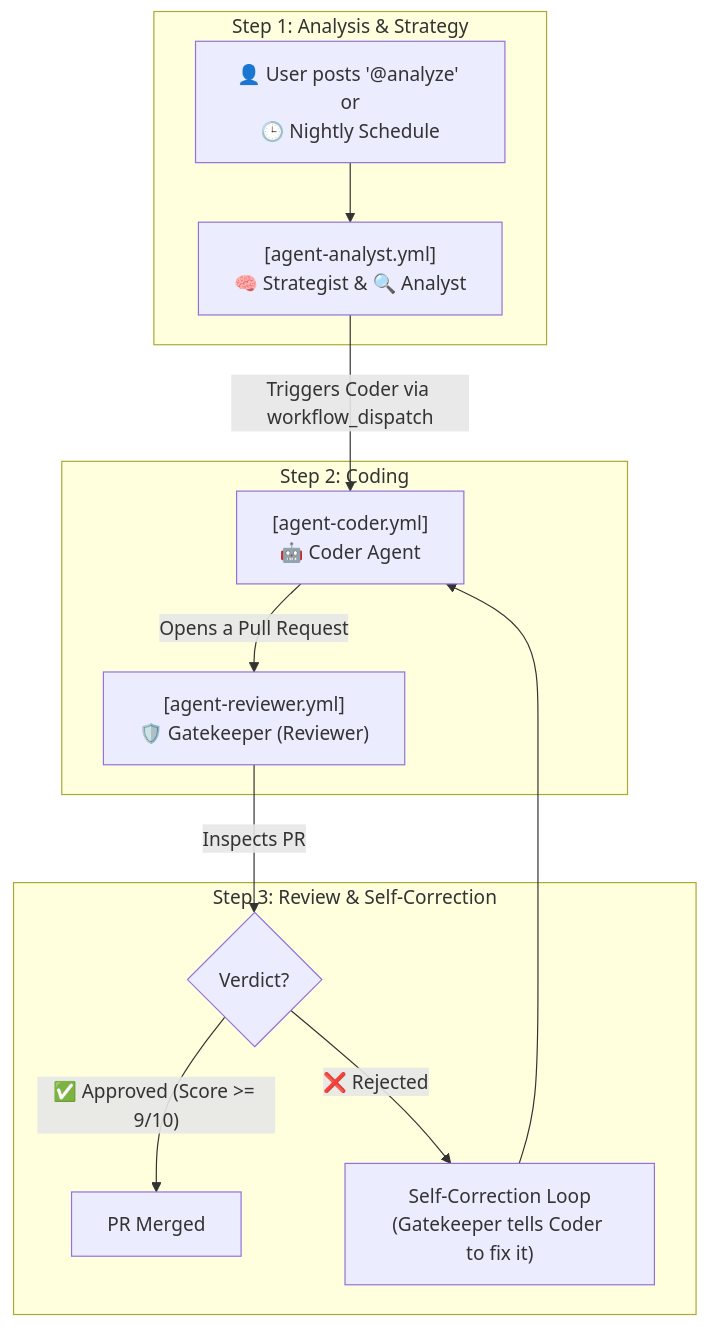
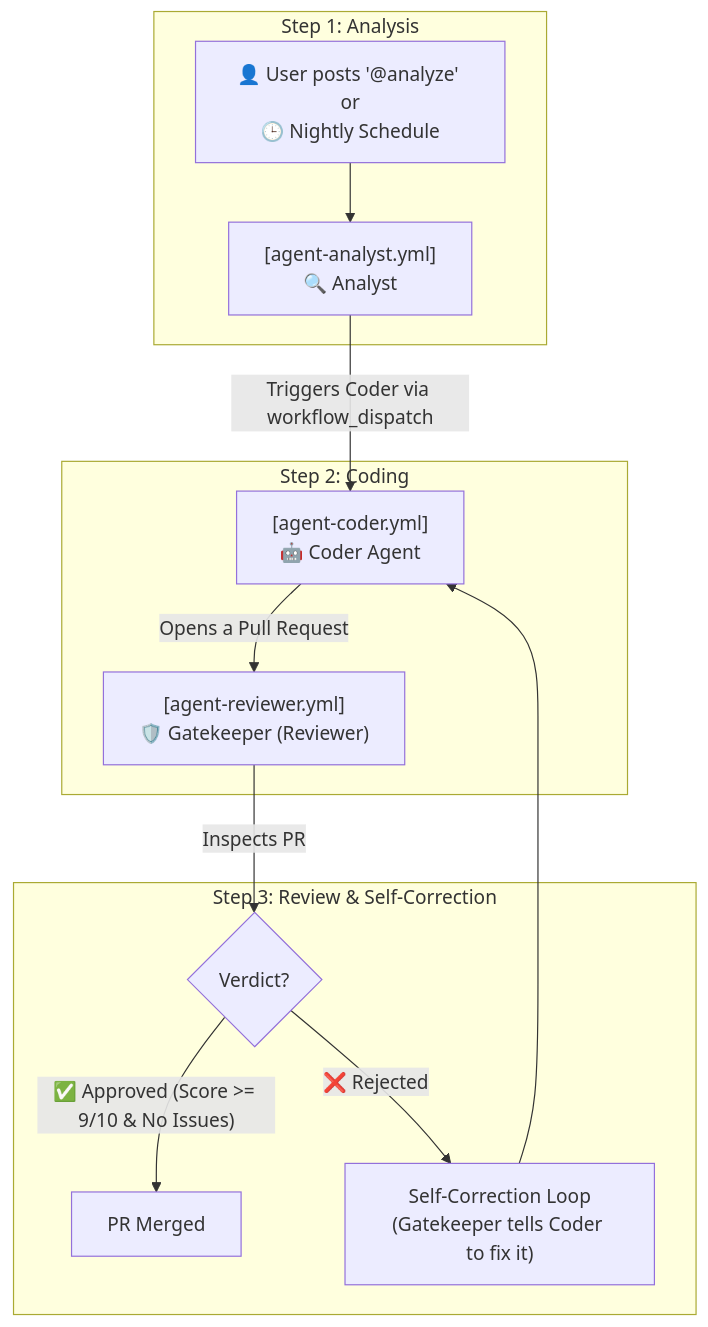
Before and after one commit to BUZASLAN128/HiveMind-Actions: the diagram in README.md, drawn with Mermaid. The commit also changed other lines of this file and 3 other files, not shown here.

````diff
--- a/README.md
+++ b/README.md
@@ -82,16 +80,16 @@
 ```mermaid
 graph TD
-    subgraph "Step 1: Analysis & Strategy"
-        A["👤 User posts '@analyze' or<br>🕒 Nightly Schedule"] --> B["[agent-analyst.yml]<br>🧠 Strategist & 🔍 Analyst"];
+    subgraph "Step 1: Analysis"
+        A["👤 User posts '@analyze' or<br>🕒 Nightly Schedule"] --> B["[agent-analyst.yml]<br>🔍 Analyst"];
     end
     subgraph "Step 2: Coding"
         B -- "Triggers Coder via workflow_dispatch" --> C["[agent-coder.yml]<br>🤖 Coder Agent"];
         C -- "Opens a Pull Request" --> D;
     end
     subgraph "Step 3: Review & Self-Correction"
         D["[agent-reviewer.yml]<br>🛡️ Gatekeeper (Reviewer)"] -- "Inspects PR" --> E{"Verdict?"};
-        E -- "✅ Approved (Score >= 9/10)" --> F["PR Merged"];
+        E -- "✅ Approved (Score >= 9/10 & No Issues)" --> F["PR Merged"];
         E -- "❌ Rejected" --> G["Self-Correction Loop<br>(Gatekeeper tells Coder to fix it)"];
         G --> C;
     end
 ```
````
